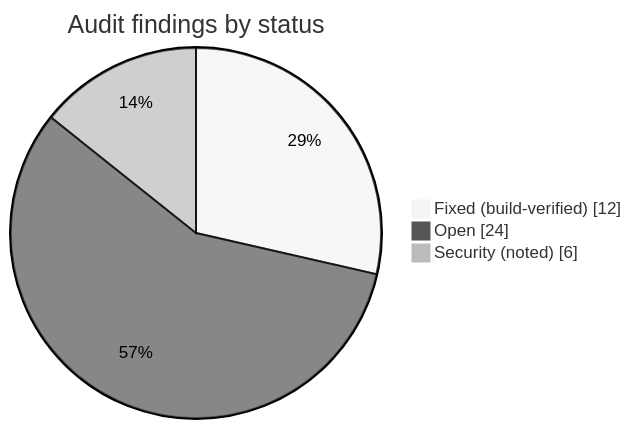
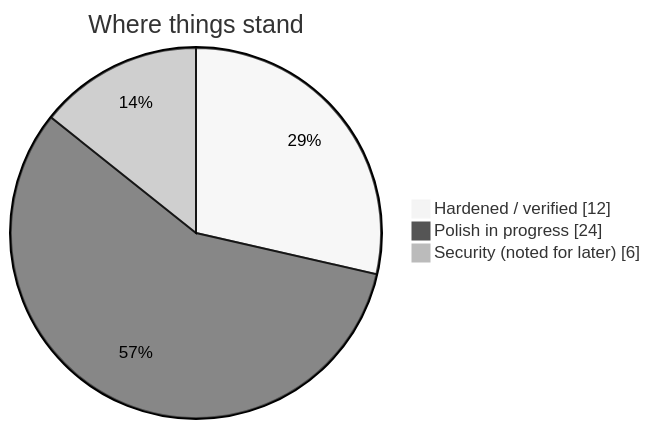
One commit to Longcao24/sate-companion changed the diagram in docs-site/docs/known-issues.md. Above: the diagram before and after it, drawn with Mermaid (neutral theme). The commit also changed other lines of this file and 17 other files, not shown here.

First line of the commit message:
docs-site: generalize published docs + add system-overview diagram

````diff
--- a/docs-site/docs/known-issues.md
+++ b/docs-site/docs/known-issues.md
@@ -23,7 +24,7 @@
 ```mermaid
 pie showData
-  title Audit findings by status
-  "Fixed (build-verified)" : 12
-  "Open" : 24
-  "Security (noted)" : 6
+  title Where things stand
+  "Hardened / verified" : 12
+  "Polish in progress" : 24
+  "Security (noted for later)" : 6
 ```
````
